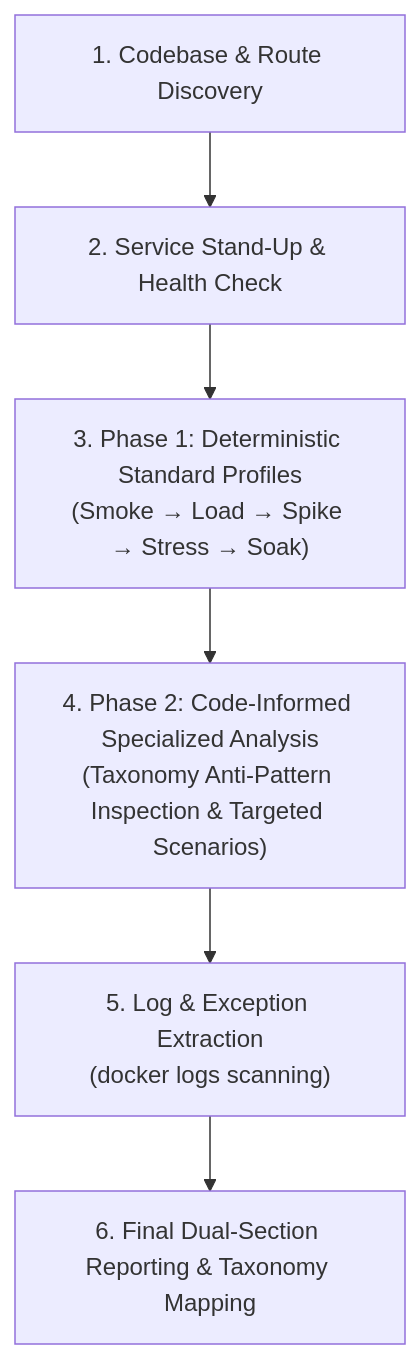
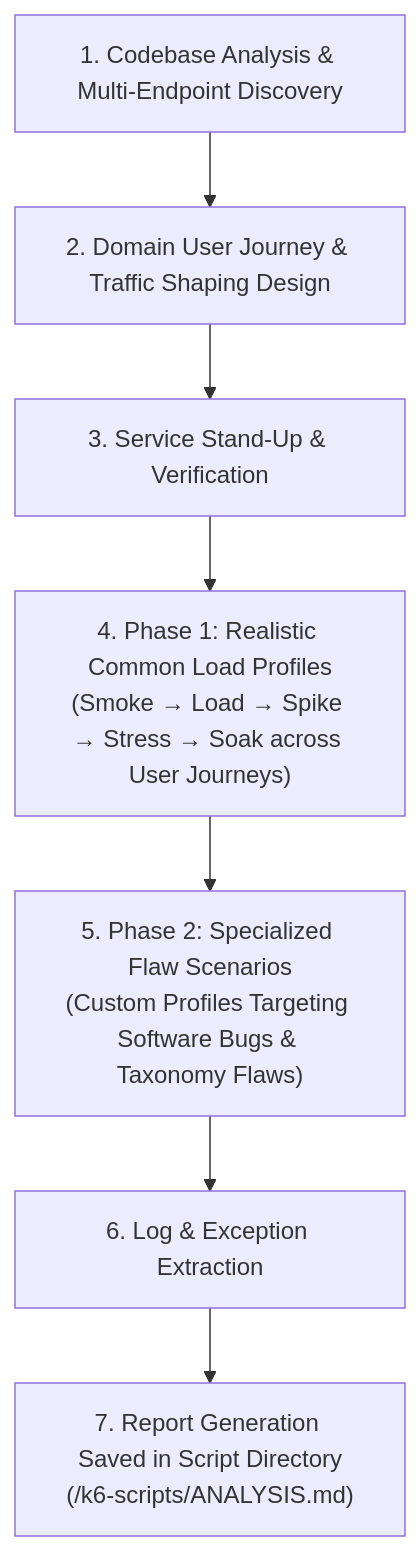
One commit to msamatas/agent-skills changed the diagram in .agents/skills/k6-load-tester/SKILL.md. Above: the diagram before and after it, drawn with Mermaid. The commit also changed other lines of this file and 2 other files, not shown here.

Commit message:
Enforce load profiles are constructed properly and run first before custom paths

````diff
--- a/.agents/skills/k6-load-tester/SKILL.md
+++ b/.agents/skills/k6-load-tester/SKILL.md
@@ -18,8 +18,9 @@
 ```mermaid
 flowchart TD
-    A["1. Codebase & Route Discovery"] --> B["2. Service Stand-Up & Health Check"]
-    B --> C["3. Phase 1: Deterministic Standard Profiles\n(Smoke → Load → Spike → Stress → Soak)"]
-    C --> D["4. Phase 2: Code-Informed Specialized Analysis\n(Taxonomy Anti-Pattern Inspection & Targeted Scenarios)"]
-    D --> E["5. Log & Exception Extraction\n(docker logs scanning)"]
-    E --> F["6. Final Dual-Section Reporting & Taxonomy Mapping"]
+    A["1. Codebase Analysis & Multi-Endpoint Discovery"] --> B["2. Domain User Journey & Traffic Shaping Design"]
+    B --> C["3. Service Stand-Up & Verification"]
+    C --> D["4. Phase 1: Realistic Common Load Profiles\n(Smoke → Load → Spike → Stress → Soak across User Journeys)"]
+    D --> E["5. Phase 2: Specialized Flaw Scenarios\n(Custom Profiles Targeting Software Bugs & Taxonomy Flaws)"]
+    E --> F["6. Log & Exception Extraction"]
+    F --> G["7. Report Generation Saved in Script Directory\n(<project>/k6-scripts/ANALYSIS.md)"]
 ```
````
